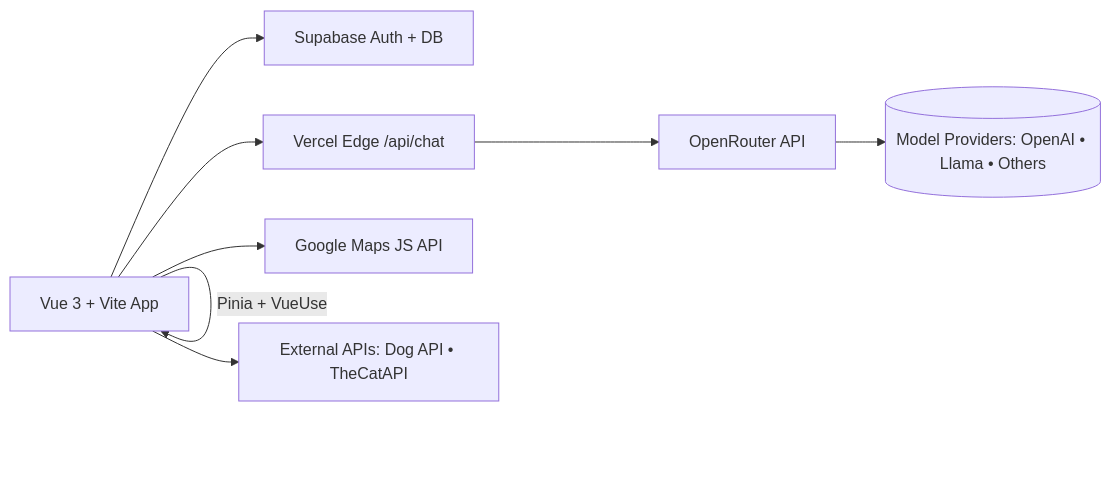
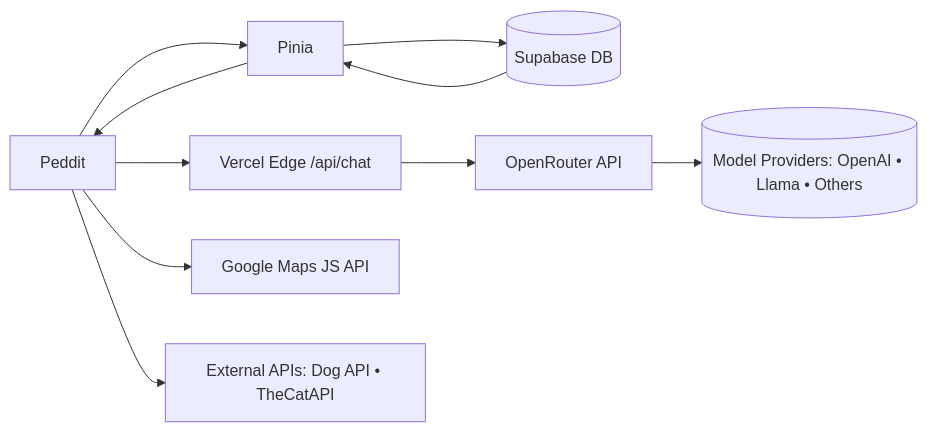
The diagram in README.md (oreoolis/Peddit), drawn with Mermaid before and after one commit.

Commit message:
READMEMEEMEM

````diff
--- a/README.md
+++ b/README.md
@@ -37,10 +37,17 @@
 ```mermaid
 flowchart LR
-  A[Vue 3 + Vite App] -- Pinia + VueUse --> A
-  A --> B[Supabase Auth + DB]
+  A[Peddit]
+  P[Pinia]
+  B[(Supabase DB)]
+
+  %% Cyclical data flow
+  A --> P --> B
+  B --> P --> A
+
+  %% External integrations
   A --> C[Vercel Edge /api/chat]
   C --> D[OpenRouter API]
   D --> E[(Model Providers: OpenAI • Llama • Others)]
   A --> F[Google Maps JS API]
   A --> G[External APIs: Dog API • TheCatAPI]
 ```
````
